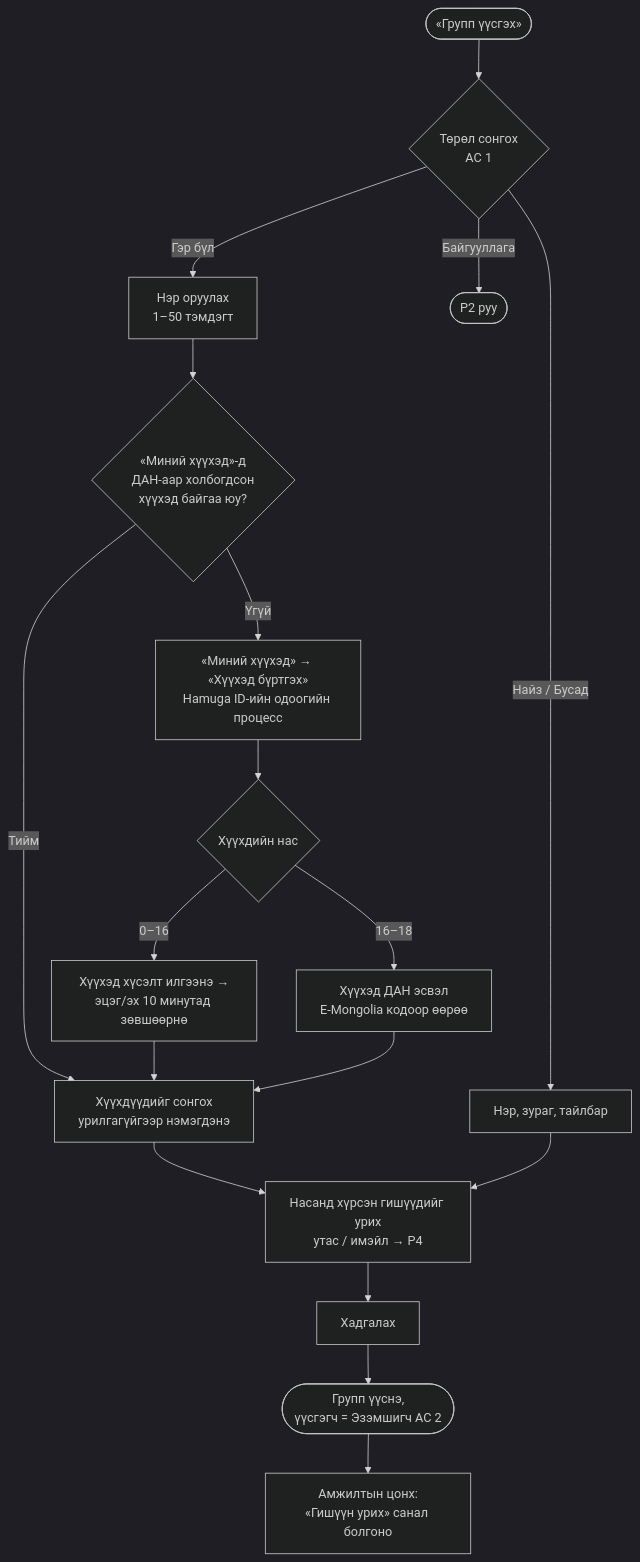
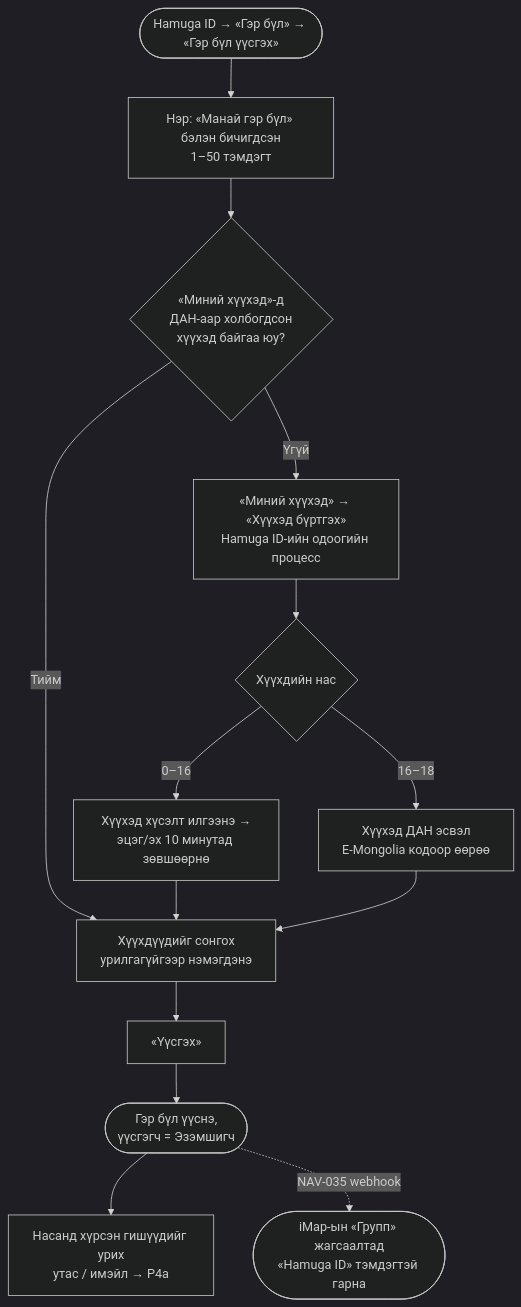
Before and after one commit to zayaennnn-arch/ID-Group: the second of 19 diagrams in docs/requirements/process-map-group-org-mn.md, drawn with Mermaid (dark theme). The commit also changed other lines of this file and 3 other files, not shown here.

````diff
--- a/docs/requirements/process-map-group-org-mn.md
+++ b/docs/requirements/process-map-group-org-mn.md
@@ -77,21 +91,17 @@
 ```mermaid
 flowchart TD
-    S(["«Групп үүсгэх»"]) --> T{"Төрөл сонгох<br/>AC 1"}
-    T -- "Гэр бүл" --> F1["Нэр оруулах<br/>1–50 тэмдэгт"]
-    T -- "Найз / Бусад" --> O1["Нэр, зураг, тайлбар"]
-    T -- "Байгууллага" --> P2(["P2 руу"])
+    S(["Hamuga ID → «Гэр бүл» → «Гэр бүл үүсгэх»"]) --> F1["Нэр: «Манай гэр бүл» бэлэн бичигдсэн<br/>1–50 тэмдэгт"]
 
     F1 --> K{"«Миний хүүхэд»-д<br/>ДАН-аар холбогдсон<br/>хүүхэд байгаа юу?"}
     K -- "Тийм" --> K1["Хүүхдүүдийг сонгох<br/>урилгагүйгээр нэмэгдэнэ"]
     K -- "Үгүй" --> K2["«Миний хүүхэд» → «Хүүхэд бүртгэх»<br/>Hamuga ID-ийн одоогийн процесс"]
     K2 --> KA{"Хүүхдийн нас"}
     KA -- "0–16" --> KP["Хүүхэд хүсэлт илгээнэ →<br/>эцэг/эх 10 минутад зөвшөөрнө"]
     KA -- "16–18" --> KS["Хүүхэд ДАН эсвэл<br/>E-Mongolia кодоор өөрөө"]
     KP --> K1
     KS --> K1
-    K1 --> I["Насанд хүрсэн гишүүдийг урих<br/>утас / имэйл → P4"]
-    O1 --> I
-    I --> SAVE["Хадгалах"]
-    SAVE --> R(["Групп үүснэ,<br/>үүсгэгч = Эзэмшигч AC 2"])
-    R --> SUC["Амжилтын цонх:<br/>«Гишүүн урих» санал болгоно"]
+    K1 --> SAVE["«Үүсгэх»"]
+    SAVE --> R(["Гэр бүл үүснэ,<br/>үүсгэгч = Эзэмшигч"])
+    R --> I["Насанд хүрсэн гишүүдийг урих<br/>утас / имэйл → P4a"]
+    R -. "NAV-035 webhook" .-> IMAP(["iMap-ын «Групп» жагсаалтад<br/>«Hamuga ID» тэмдэгтэй гарна"])
 ```
````
